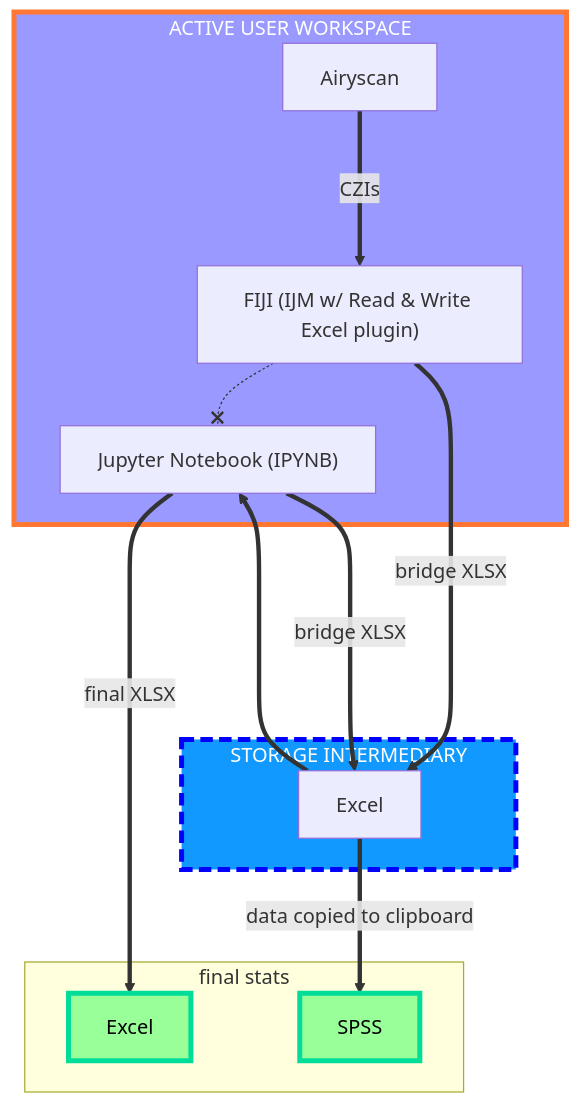
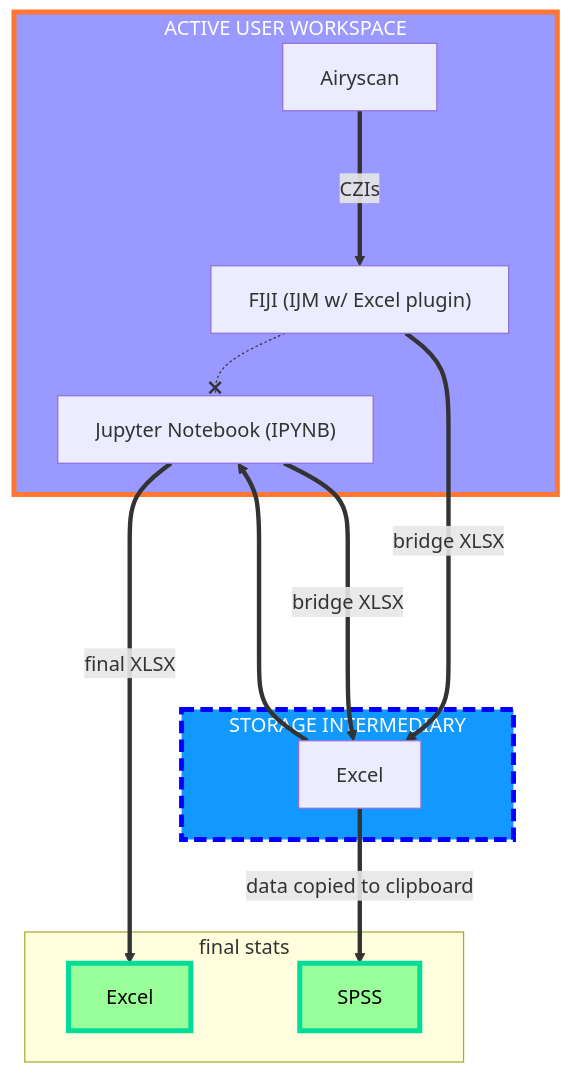
Before and after one commit to emmab-neuro/Custom-Img-Analysis-Pipeline: the diagram in README.md, drawn with Mermaid. The commit also changed other lines of this file, not shown here.

````diff
--- a/README.md
+++ b/README.md
@@ -21,26 +23,26 @@
 ```mermaid
 graph TD;
     subgraph ide1 ["ACTIVE USER WORKSPACE"]
-    A[Airyscan]== CZIs ===> B["FIJI (IJM w/ Read & Write Excel plugin)"]
-    B["FIJI (IJM w/ Read & Write Excel plugin)"]-.-x D["Jupyter Notebook (IPYNB)"]
+    A[Airyscan]== CZIs ===> B["FIJI (IJM w/ Excel plugin)"]
+    B["FIJI (IJM w/ Excel plugin)"]-.-x D["Jupyter Notebook (IPYNB)"]
     end
 
     subgraph ide2 ["STORAGE INTERMEDIARY"]
-    B["FIJI (IJM w/ Read & Write Excel plugin)"]== bridge XLSX ===> C[Excel]
+    B["FIJI (IJM w/ Excel plugin)"]== bridge XLSX ===> C[Excel]
     C[Excel]===> D["Jupyter Notebook (IPYNB)"]
     D["Jupyter Notebook (IPYNB)"]== bridge XLSX ===> C[Excel]
     end
 
     D["Jupyter Notebook (IPYNB)"]== final XLSX ==> E[Excel]
     C[Excel]== data copied to clipboard ==> F[SPSS]
 
     subgraph ide3 ["final stats"]
     E[Excel]
     F[SPSS]
     end
 
-    style ide1 fill:#99f,stroke:#f73,stroke-width:4px,color:#fff,font-size: 16
-    style ide2 fill:#19f,stroke:#00f,stroke-width:4px,color:#fff,font-size: 16,stroke-dasharray: 10 5
+    style ide1 fill:#99f,stroke:#f73,stroke-width:4px,color:#fff
+    style ide2 fill:#19f,stroke:#00f,stroke-width:4px,color:#fff,stroke-dasharray: 10 5
     style E fill:#9f9,stroke:#0d9,stroke-width:4px,color:#000
     style F fill:#9f9,stroke:#0d9,stroke-width:4px,color:#000
 ```
````
